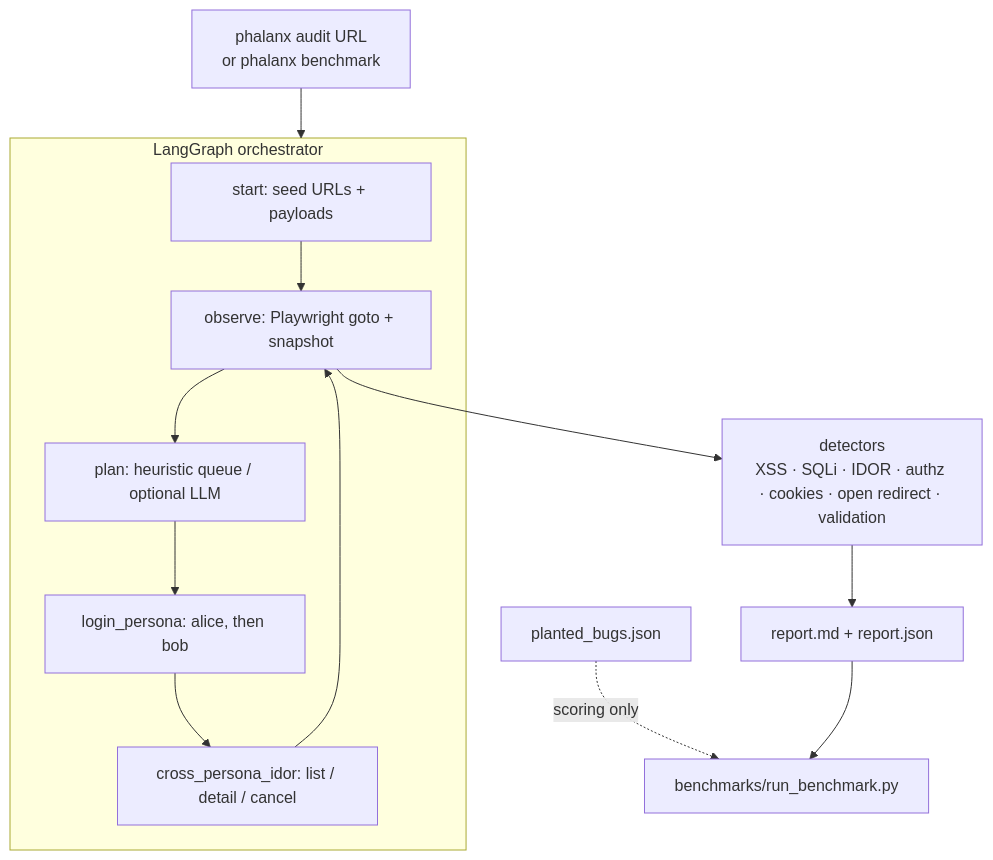
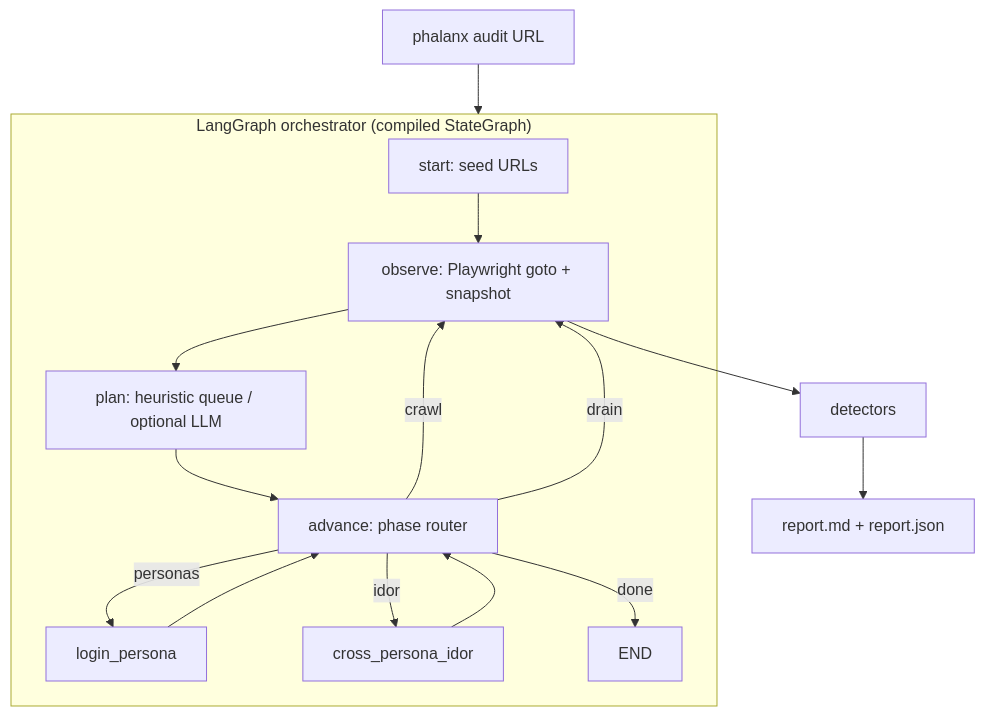
One commit to haresh-sai06/phalanx changed the diagram in README.md. Above: the diagram before and after it, drawn with Mermaid. The commit also changed other lines of this file and 9 other files, not shown here.

````diff
--- a/README.md
+++ b/README.md
@@ -31,15 +21,18 @@
 ```mermaid
 flowchart TD
-  CLI["phalanx audit URL<br/>or phalanx benchmark"] --> ORCH
-  subgraph ORCH["LangGraph orchestrator"]
-    S[start: seed URLs + payloads] --> O[observe: Playwright goto + snapshot]
+  CLI["phalanx audit URL"] --> ORCH
+  subgraph ORCH["LangGraph orchestrator (compiled StateGraph)"]
+    S[start: seed URLs] --> O[observe: Playwright goto + snapshot]
     O --> P[plan: heuristic queue / optional LLM]
-    P --> L[login_persona: alice, then bob]
-    L --> X[cross_persona_idor: list / detail / cancel]
-    X --> O
+    P --> A[advance: phase router]
+    A -->|crawl| O
+    A -->|personas| L[login_persona]
+    A -->|idor| X[cross_persona_idor]
+    A -->|drain| O
+    A -->|done| END[END]
+    L --> A
+    X --> A
   end
-  O --> DET[detectors<br/>XSS · SQLi · IDOR · authz · cookies · open redirect · validation]
+  O --> DET[detectors]
   DET --> REP[report.md + report.json]
-  BENCH[planted_bugs.json] -.->|scoring only| BENCHRUN[benchmarks/run_benchmark.py]
-  REP --> BENCHRUN
 ```
````
